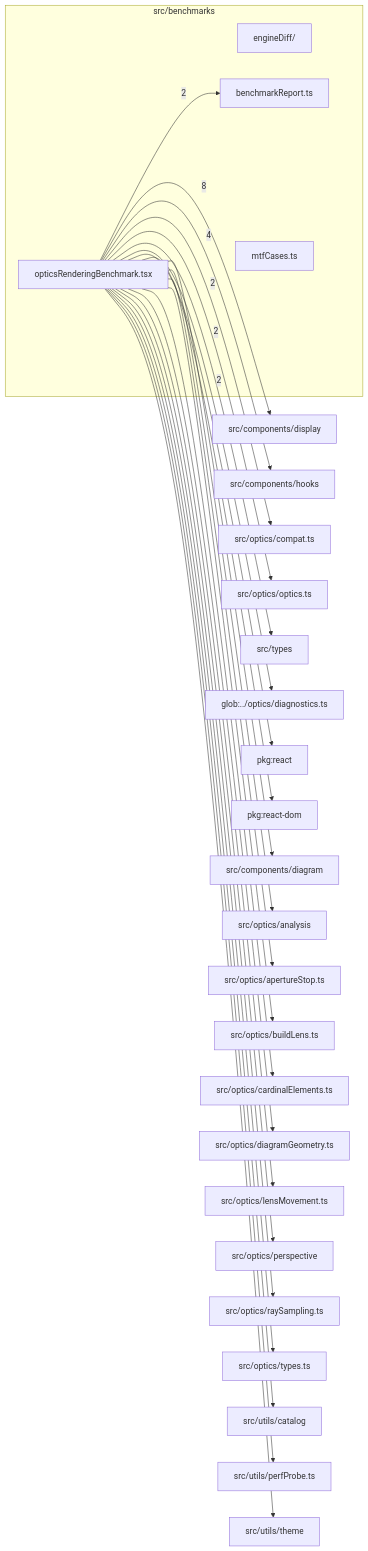
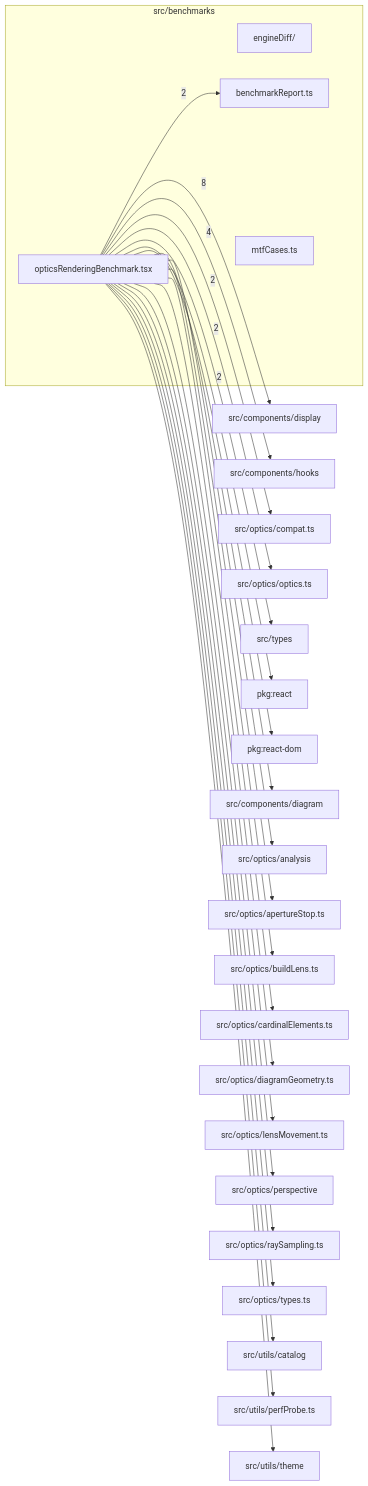
Before and after one commit to BeamFour/LensVisualizer: the diagram in src/benchmarks/readme.md, drawn with Mermaid. The commit also changed other lines of this file and 53 other files, not shown here.

````diff
--- a/src/benchmarks/readme.md
+++ b/src/benchmarks/readme.md
@@ -9,52 +9,50 @@
 ```mermaid
 flowchart LR
   subgraph n_src_benchmarks["src/benchmarks"]
     n_src_benchmarks_src_benchmarks_engineDiff["engineDiff/"]
     n_src_benchmarks_src_benchmarks_benchmarkReport_ts["benchmarkReport.ts"]
     n_src_benchmarks_src_benchmarks_mtfCases_ts["mtfCases.ts"]
     n_src_benchmarks_src_benchmarks_opticsRenderingBenchmark_tsx["opticsRenderingBenchmark.tsx"]
   end
   n_external_src_components_display["src/components/display"]
   n_external_src_components_hooks["src/components/hooks"]
   n_external_src_optics_compat_ts["src/optics/compat.ts"]
   n_external_src_optics_optics_ts["src/optics/optics.ts"]
   n_external_src_types["src/types"]
-  n_external_glob____optics_diagnostics_ts["glob:../optics/diagnostics.ts"]
   n_external_pkg_react["pkg:react"]
   n_external_pkg_react_dom["pkg:react-dom"]
   n_external_src_components_diagram["src/components/diagram"]
   n_external_src_optics_analysis["src/optics/analysis"]
   n_external_src_optics_apertureStop_ts["src/optics/apertureStop.ts"]
   n_external_src_optics_buildLens_ts["src/optics/buildLens.ts"]
   n_external_src_optics_cardinalElements_ts["src/optics/cardinalElements.ts"]
   n_external_src_optics_diagramGeometry_ts["src/optics/diagramGeometry.ts"]
   n_external_src_optics_lensMovement_ts["src/optics/lensMovement.ts"]
   n_external_src_optics_perspective["src/optics/perspective"]
   n_external_src_optics_raySampling_ts["src/optics/raySampling.ts"]
   n_external_src_optics_types_ts["src/optics/types.ts"]
   n_external_src_utils_catalog["src/utils/catalog"]
   n_external_src_utils_perfProbe_ts["src/utils/perfProbe.ts"]
   n_external_src_utils_theme["src/utils/theme"]
   n_src_benchmarks_src_benchmarks_opticsRenderingBenchmark_tsx --> |8| n_external_src_components_display
   n_src_benchmarks_src_benchmarks_opticsRenderingBenchmark_tsx --> |4| n_external_src_components_hooks
   n_src_benchmarks_src_benchmarks_opticsRenderingBenchmark_tsx --> |2| n_external_src_optics_compat_ts
   n_src_benchmarks_src_benchmarks_opticsRenderingBenchmark_tsx --> |2| n_external_src_optics_optics_ts
   n_src_benchmarks_src_benchmarks_opticsRenderingBenchmark_tsx --> |2| n_external_src_types
   n_src_benchmarks_src_benchmarks_opticsRenderingBenchmark_tsx --> |2| n_src_benchmarks_src_benchmarks_benchmarkReport_ts
-  n_src_benchmarks_src_benchmarks_opticsRenderingBenchmark_tsx --> n_external_glob____optics_diagnostics_ts
   n_src_benchmarks_src_benchmarks_opticsRenderingBenchmark_tsx --> n_external_pkg_react
   n_src_benchmarks_src_benchmarks_opticsRenderingBenchmark_tsx --> n_external_pkg_react_dom
   n_src_benchmarks_src_benchmarks_opticsRenderingBenchmark_tsx --> n_external_src_components_diagram
   n_src_benchmarks_src_benchmarks_opticsRenderingBenchmark_tsx --> n_external_src_optics_analysis
   n_src_benchmarks_src_benchmarks_opticsRenderingBenchmark_tsx --> n_external_src_optics_apertureStop_ts
   n_src_benchmarks_src_benchmarks_opticsRenderingBenchmark_tsx --> n_external_src_optics_buildLens_ts
   n_src_benchmarks_src_benchmarks_opticsRenderingBenchmark_tsx --> n_external_src_optics_cardinalElements_ts
   n_src_benchmarks_src_benchmarks_opticsRenderingBenchmark_tsx --> n_external_src_optics_diagramGeometry_ts
   n_src_benchmarks_src_benchmarks_opticsRenderingBenchmark_tsx --> n_external_src_optics_lensMovement_ts
   n_src_benchmarks_src_benchmarks_opticsRenderingBenchmark_tsx --> n_external_src_optics_perspective
   n_src_benchmarks_src_benchmarks_opticsRenderingBenchmark_tsx --> n_external_src_optics_raySampling_ts
   n_src_benchmarks_src_benchmarks_opticsRenderingBenchmark_tsx --> n_external_src_optics_types_ts
   n_src_benchmarks_src_benchmarks_opticsRenderingBenchmark_tsx --> n_external_src_utils_catalog
   n_src_benchmarks_src_benchmarks_opticsRenderingBenchmark_tsx --> n_external_src_utils_perfProbe_ts
   n_src_benchmarks_src_benchmarks_opticsRenderingBenchmark_tsx --> n_external_src_utils_theme
 ```
````
